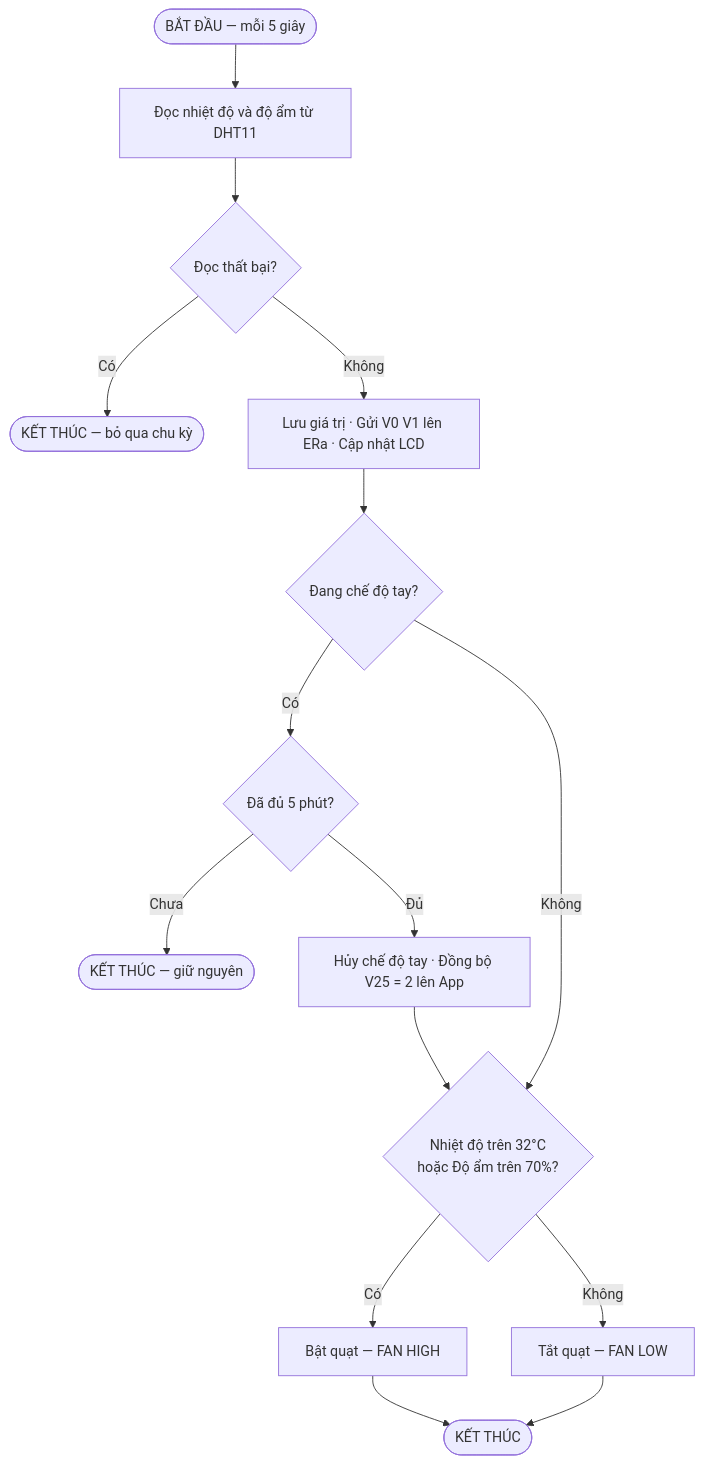
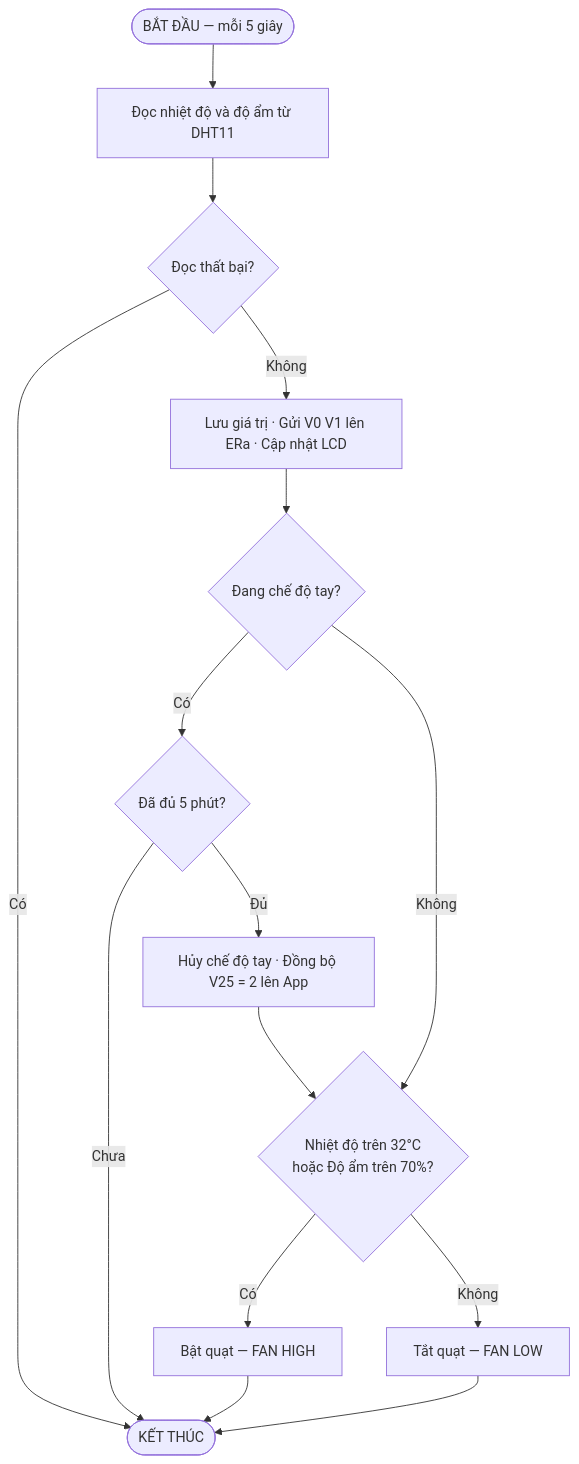
One commit to kimthanh2301/demo changed the third of 3 diagrams in readme.md. Above: the diagram before and after it, drawn with Mermaid.

Commit message:
Update flowchart logic in readme.md

````diff
--- a/readme.md
+++ b/readme.md
@@ -65,26 +65,24 @@
 ```mermaid
 flowchart TD
     S([BẮT ĐẦU — mỗi 5 giây])
     A["Đọc nhiệt độ và độ ẩm từ DHT11"]
     B{"Đọc thất bại?"}
-    B1([KẾT THÚC — bỏ qua chu kỳ])
     C["Lưu giá trị · Gửi V0 V1 lên ERa · Cập nhật LCD"]
     D{"Đang chế độ tay?"}
     E{"Đã đủ 5 phút?"}
-    E1([KẾT THÚC — giữ nguyên])
     E2["Hủy chế độ tay · Đồng bộ V25 = 2 lên App"]
     F{"Nhiệt độ trên 32°C\nhoặc Độ ẩm trên 70%?"}
     F1["Bật quạt — FAN HIGH"]
     F2["Tắt quạt — FAN LOW"]
     END([KẾT THÚC])
 
     S --> A --> B
-    B -- Có --> B1
+    B -- Có --> END
     B -- Không --> C --> D
     D -- Có --> E
-    E -- Chưa --> E1
+    E -- Chưa --> END
     E -- Đủ --> E2 --> F
     D -- Không --> F
     F -- Có --> F1 --> END
     F -- Không --> F2 --> END
 ```
````
